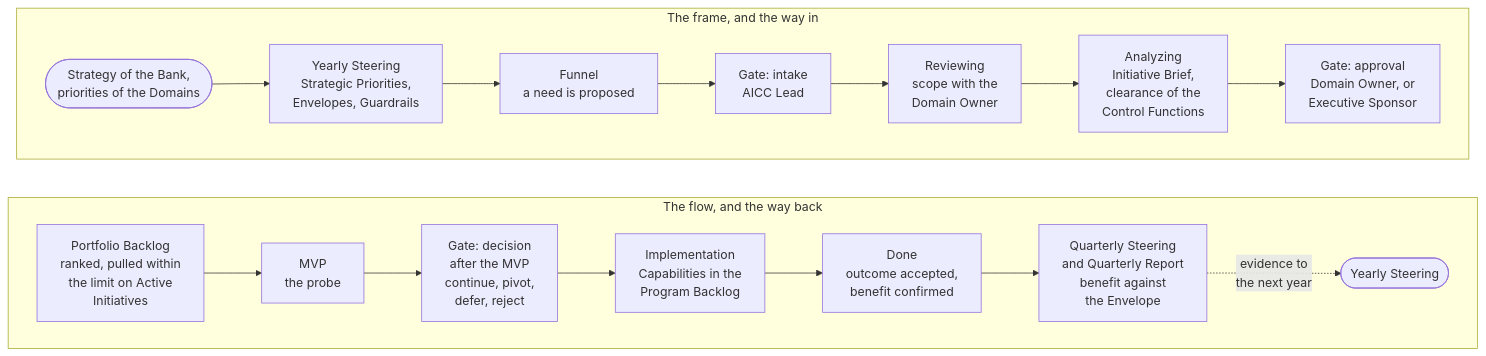
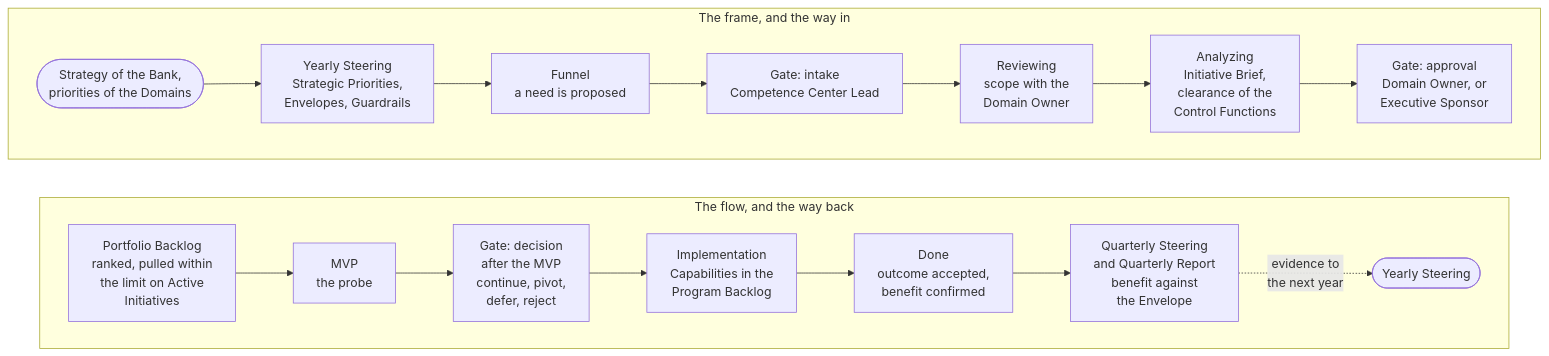
Before and after one commit to devhogu/ob-aicc: the diagram in portal/content/en/portfolio/overview.md, drawn with Mermaid. The commit also changed other lines of this file and 1149 other files, not shown here.

First line of the commit message:
The name Competence Center: AICC stays only as a code (DR-2026-066)

````diff
--- a/portal/content/en/portfolio/overview.md
+++ b/portal/content/en/portfolio/overview.md
@@ -9,22 +9,22 @@
 ```mermaid
 flowchart TB
   subgraph ROW1["The frame, and the way in"]
     direction LR
     S(["Strategy of the Bank,<br/>priorities of the Domains"]) --> Y["Yearly Steering<br/>Strategic Priorities,<br/>Envelopes, Guardrails"]
     Y --> F["Funnel<br/>a need is proposed"]
-    F --> G1["Gate: intake<br/>AICC Lead"]
+    F --> G1["Gate: intake<br/>Competence Center Lead"]
     G1 --> R["Reviewing<br/>scope with the<br/>Domain Owner"]
     R --> AN["Analyzing<br/>Initiative Brief,<br/>clearance of the<br/>Control Functions"]
     AN --> G2["Gate: approval<br/>Domain Owner, or<br/>Executive Sponsor"]
   end
   subgraph ROW2["The flow, and the way back"]
     direction LR
     PB["Portfolio Backlog<br/>ranked, pulled within<br/>the limit on Active<br/>Initiatives"] --> MV["MVP<br/>the probe"]
     MV --> G3["Gate: decision<br/>after the MVP<br/>continue, pivot,<br/>defer, reject"]
     G3 --> IM["Implementation<br/>Capabilities in the<br/>Program Backlog"]
     IM --> DN["Done<br/>outcome accepted,<br/>benefit confirmed"]
     DN --> Q["Quarterly Steering<br/>and Quarterly Report<br/>benefit against<br/>the Envelope"]
     Q -.->|"evidence to<br/>the next year"| Y2(["Yearly Steering"])
   end
   ROW1 ~~~ ROW2
 ```
````
